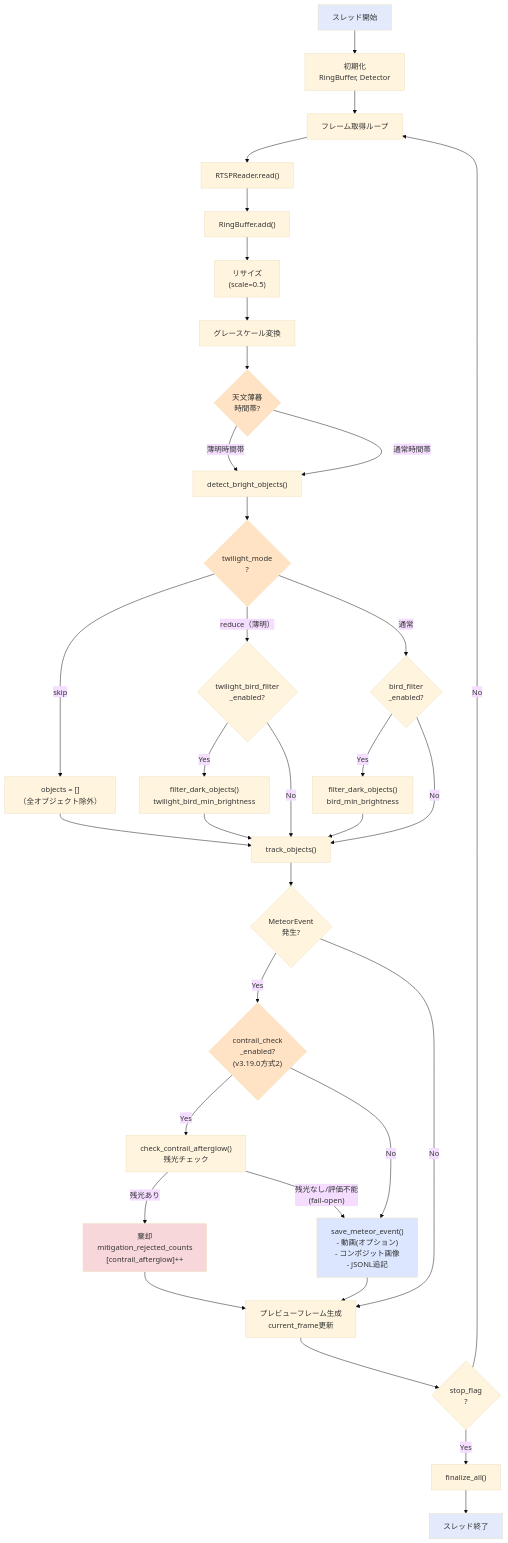
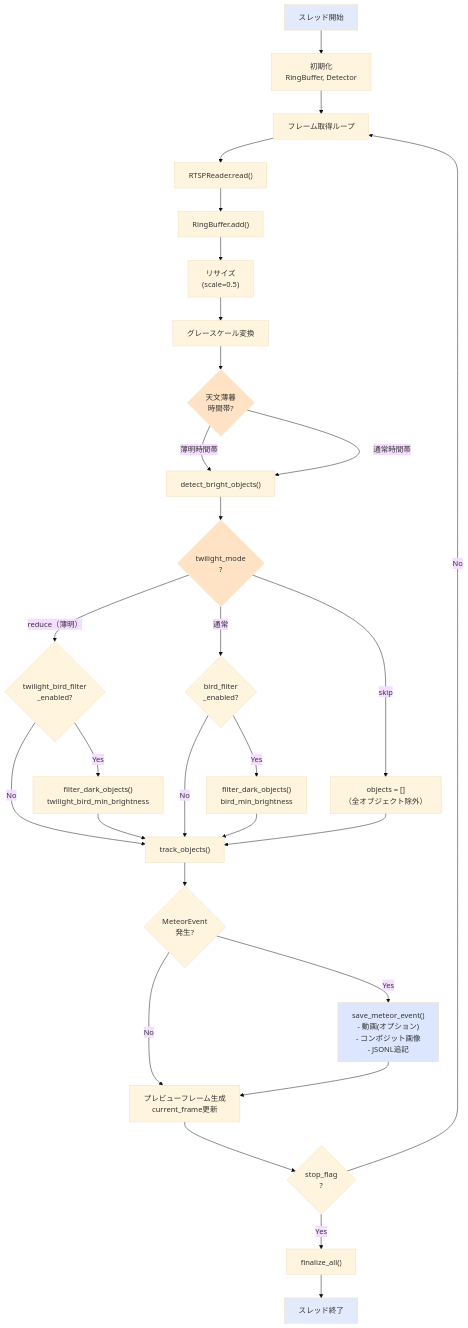
Before and after one commit to Masakai/meteo: the seventh of 12 diagrams in documents/DETECTOR_COMPONENTS.md, drawn with Mermaid (base theme). The commit also changed other lines of this file and 42 other files, not shown here.

````diff
--- a/documents/DETECTOR_COMPONENTS.md
+++ b/documents/DETECTOR_COMPONENTS.md
@@ -726,82 +514,72 @@
 ```mermaid
 graph TD
     Start["スレッド開始"]
     Init["初期化<br/>RingBuffer, Detector"]
 
     Loop["フレーム取得ループ"]
     ReadFrame["RTSPReader.read()"]
     CheckTime{"天文薄暮<br/>時間帯?"}
 
     AddBuffer["RingBuffer.add()"]
     Resize["リサイズ<br/>(scale=0.5)"]
     Gray["グレースケール変換"]
 
     Detect["detect_bright_objects()"]
     CheckTwilightMode{"twilight_mode<br/>?"}
     SkipObjects["objects = []<br/>（全オブジェクト除外）"]
     CheckTwilightFilter{"twilight_bird_filter<br/>_enabled?"}
     FilterDarkTwilight["filter_dark_objects()<br/>twilight_bird_min_brightness"]
     CheckNormalFilter{"bird_filter<br/>_enabled?"}
     FilterDarkNormal["filter_dark_objects()<br/>bird_min_brightness"]
     Track["track_objects()"]
 
     CheckEvent{"MeteorEvent<br/>発生?"}
-    CheckContrail{"contrail_check<br/>_enabled?<br/>(v3.19.0方式2)"}
-    ContrailCheck["check_contrail_afterglow()<br/>残光チェック"]
-    RejectContrail["棄却<br/>mitigation_rejected_counts<br/>[contrail_afterglow]++"]
     SaveEvent["save_meteor_event()<br/>- 動画(オプション)<br/>- コンポジット画像<br/>- JSONL追記"]
 
     UpdatePreview["プレビューフレーム生成<br/>current_frame更新"]
 
     CheckStop{"stop_flag<br/>?"}
     Finalize["finalize_all()"]
     End["スレッド終了"]
 
     Start --> Init
     Init --> Loop
     Loop --> ReadFrame
     ReadFrame --> AddBuffer
     AddBuffer --> Resize
     Resize --> Gray
     Gray --> CheckTime
 
     CheckTime -->|"薄明時間帯"| Detect
     CheckTime -->|"通常時間帯"| Detect
 
     Detect --> CheckTwilightMode
     CheckTwilightMode -->|"skip"| SkipObjects
     CheckTwilightMode -->|"reduce（薄明）"| CheckTwilightFilter
     CheckTwilightMode -->|"通常"| CheckNormalFilter
 
     CheckTwilightFilter -->|"Yes"| FilterDarkTwilight
     CheckTwilightFilter -->|"No"| Track
     FilterDarkTwilight --> Track
 
     CheckNormalFilter -->|"Yes"| FilterDarkNormal
     CheckNormalFilter -->|"No"| Track
     FilterDarkNormal --> Track
 
     SkipObjects --> Track
     Track --> CheckEvent
-    CheckEvent -->|"Yes"| CheckContrail
+    CheckEvent -->|"Yes"| SaveEvent
     CheckEvent -->|"No"| UpdatePreview
-    CheckContrail -->|"Yes"| ContrailCheck
-    CheckContrail -->|"No"| SaveEvent
-    ContrailCheck -->|"残光あり"| RejectContrail
-    ContrailCheck -->|"残光なし/評価不能<br/>(fail-open)"| SaveEvent
-    RejectContrail --> UpdatePreview
     SaveEvent --> UpdatePreview
 
     UpdatePreview --> CheckStop
     CheckStop -->|"No"| Loop
     CheckStop -->|"Yes"| Finalize
     Finalize --> End
 
     style Start fill:#e2eafc
     style SaveEvent fill:#dce6ff
     style CheckTime fill:#ffe3c4
     style CheckTwilightMode fill:#ffe3c4
-    style CheckContrail fill:#ffe3c4
-    style RejectContrail fill:#f8d7da
     style End fill:#e2eafc
 ```
````
